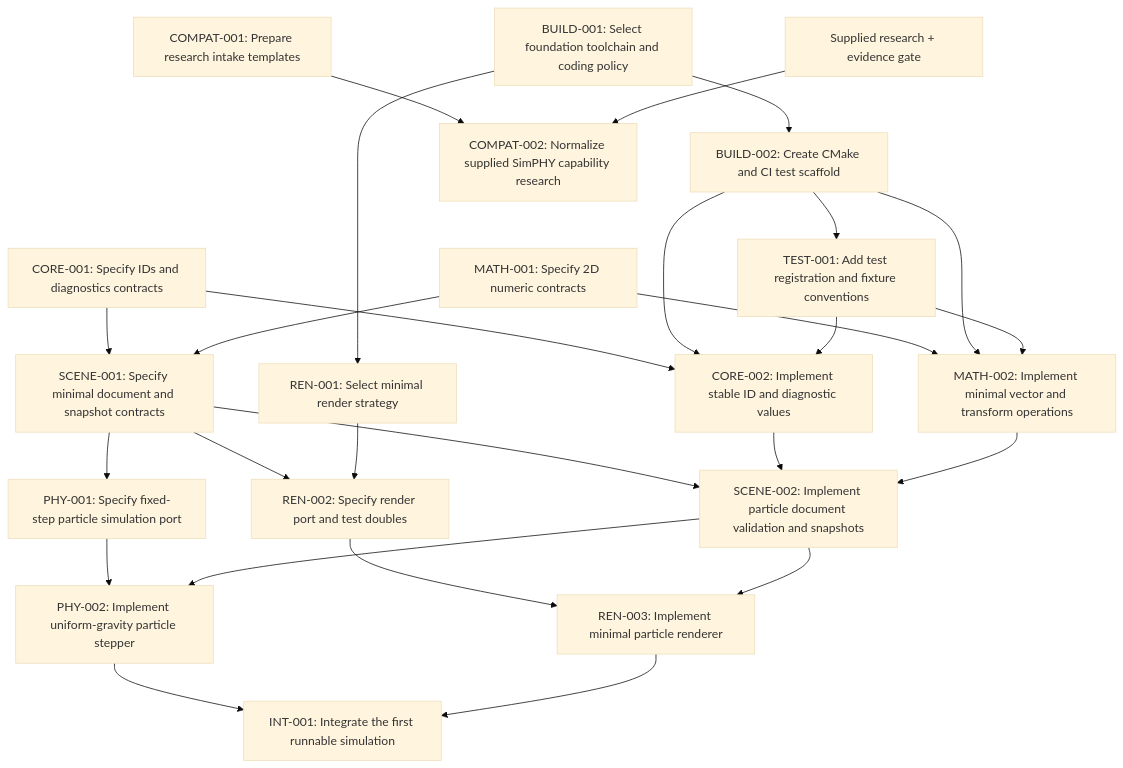
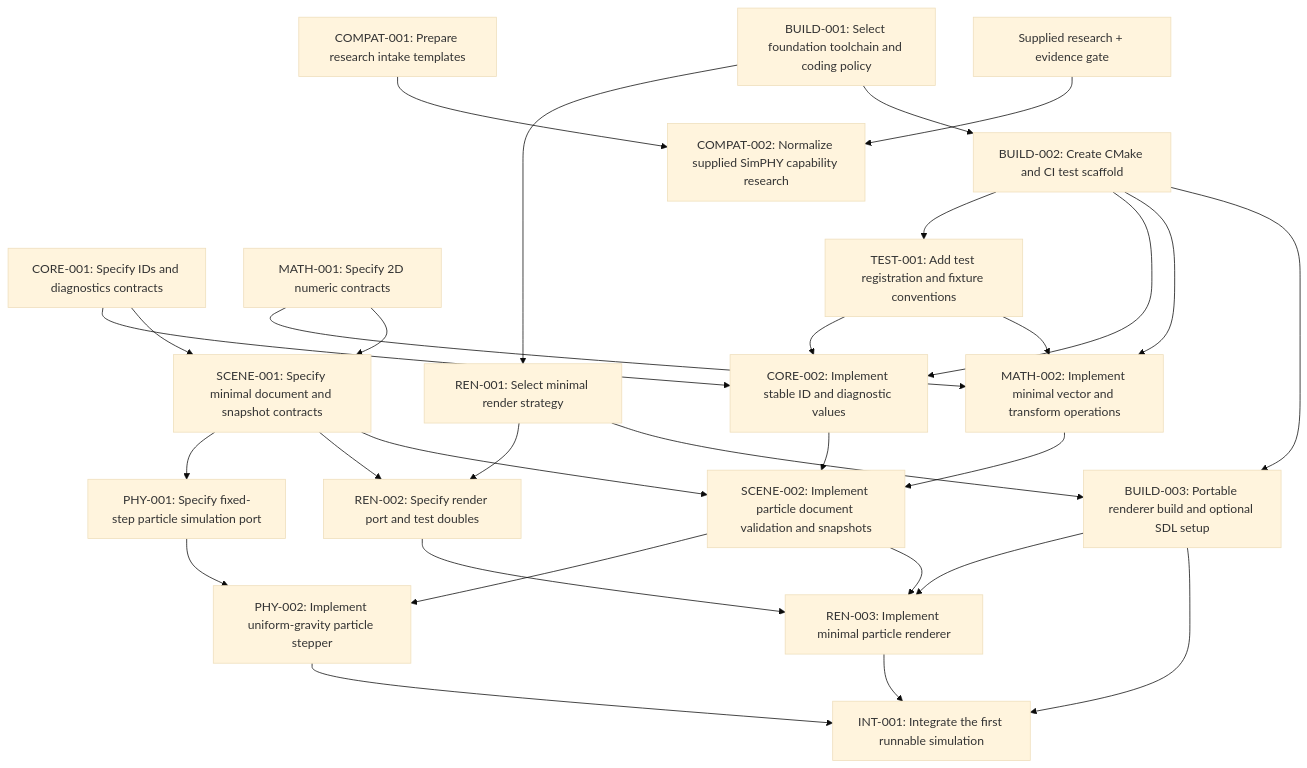
The diagram in tasks/graph.md (JnJarvis/open-simphy), drawn with Mermaid (base theme) before and after one commit. The commit also changed 8 other files, not shown here.

````diff
--- a/tasks/graph.md
+++ b/tasks/graph.md
@@ -14,45 +14,50 @@
 ```mermaid
 flowchart TD
   BUILD_001 --> REN_001
   BUILD_001["BUILD-001: Select foundation toolchain and coding policy"]
   CORE_001["CORE-001: Specify IDs and diagnostics contracts"]
   MATH_001["MATH-001: Specify 2D numeric contracts"]
   REN_001["REN-001: Select minimal render strategy"]
   COMPAT_001["COMPAT-001: Prepare research intake templates"]
   BUILD_002["BUILD-002: Create CMake and CI test scaffold"]
   BUILD_001 --> BUILD_002
   TEST_001["TEST-001: Add test registration and fixture conventions"]
   BUILD_002 --> TEST_001
   CORE_002["CORE-002: Implement stable ID and diagnostic values"]
   CORE_001 --> CORE_002
   BUILD_002 --> CORE_002
   TEST_001 --> CORE_002
   MATH_002["MATH-002: Implement minimal vector and transform operations"]
   MATH_001 --> MATH_002
   BUILD_002 --> MATH_002
   TEST_001 --> MATH_002
   SCENE_001["SCENE-001: Specify minimal document and snapshot contracts"]
   CORE_001 --> SCENE_001
   MATH_001 --> SCENE_001
   PHY_001["PHY-001: Specify fixed-step particle simulation port"]
   SCENE_001 --> PHY_001
   REN_002["REN-002: Specify render port and test doubles"]
   SCENE_001 --> REN_002
   REN_001 --> REN_002
   SCENE_002["SCENE-002: Implement particle document validation and snapshots"]
   SCENE_001 --> SCENE_002
   CORE_002 --> SCENE_002
   MATH_002 --> SCENE_002
   PHY_002["PHY-002: Implement uniform-gravity particle stepper"]
   PHY_001 --> PHY_002
   SCENE_002 --> PHY_002
   REN_003["REN-003: Implement minimal particle renderer"]
+  BUILD_003["BUILD-003: Portable renderer build and optional SDL setup"]
+  BUILD_002 --> BUILD_003
+  REN_001 --> BUILD_003
+  BUILD_003 --> REN_003
+  BUILD_003 --> INT_001
   REN_002 --> REN_003
   SCENE_002 --> REN_003
   INT_001["INT-001: Integrate the first runnable simulation"]
   PHY_002 --> INT_001
   REN_003 --> INT_001
   COMPAT_002["COMPAT-002: Normalize supplied SimPHY capability research"]
   COMPAT_001 --> COMPAT_002
   research["Supplied research + evidence gate"] --> COMPAT_002
 ```
````
